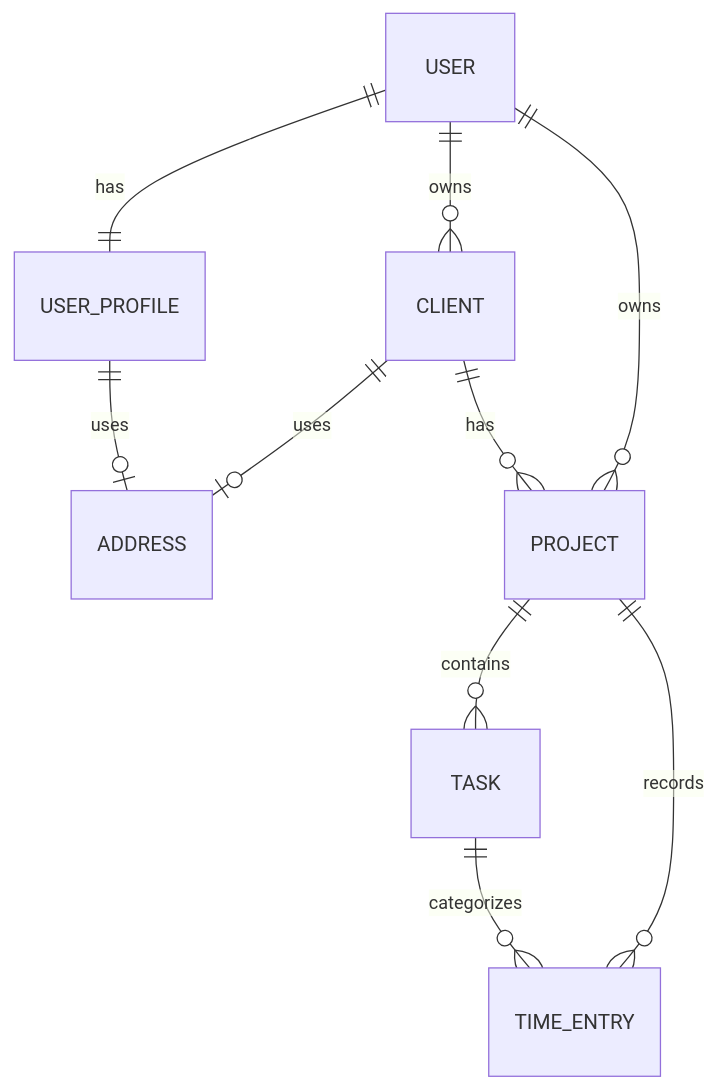
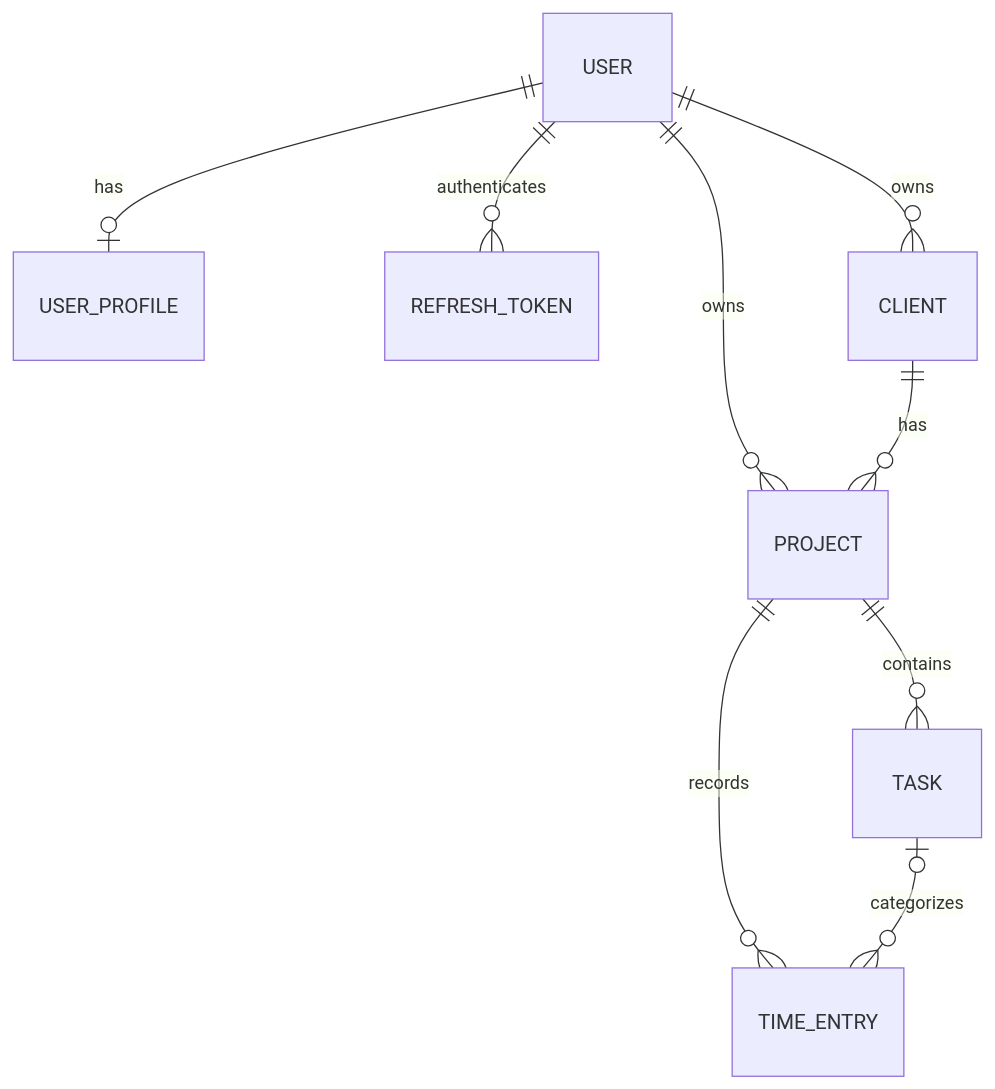
Before and after one commit to lillianxhub/freelance-hub: the first of 2 diagrams in REQUIREMENTS.md, drawn with Mermaid. The commit also changed other lines of this file and 12 other files, not shown here.

````diff
--- a/REQUIREMENTS.md
+++ b/REQUIREMENTS.md
@@ -190,12 +189,11 @@
 ```mermaid
 erDiagram
-    USER ||--|| USER_PROFILE : has
-    USER_PROFILE ||--o| ADDRESS : uses
-    CLIENT ||--o| ADDRESS : uses
+    USER ||--o| USER_PROFILE : has
+    USER ||--o{ REFRESH_TOKEN : authenticates
     USER ||--o{ CLIENT : owns
     USER ||--o{ PROJECT : owns
     CLIENT ||--o{ PROJECT : has
     PROJECT ||--o{ TASK : contains
     PROJECT ||--o{ TIME_ENTRY : records
-    TASK ||--o{ TIME_ENTRY : categorizes
+    TASK o|--o{ TIME_ENTRY : categorizes
 ```
````
